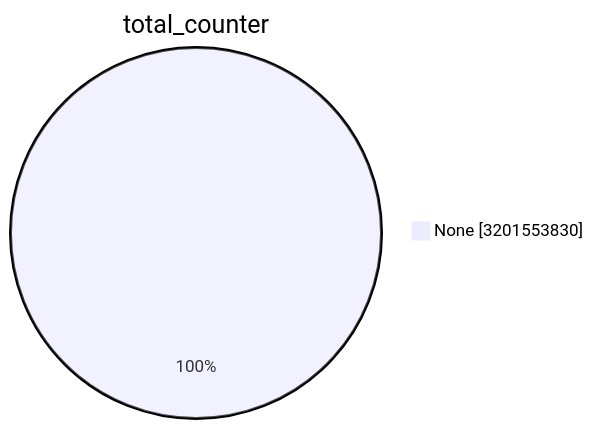
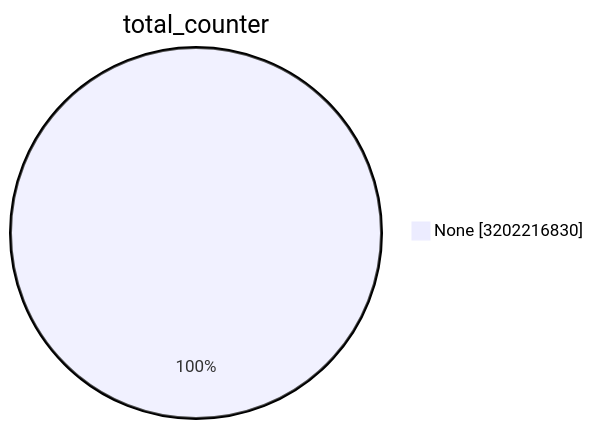
The first of 15 diagrams in TOTAL/README.md (christiankrug/ctmonitor_visualization), drawn with Mermaid before and after one commit. The commit also changed other lines of this file, not shown here.

````diff
--- a/TOTAL/README.md
+++ b/TOTAL/README.md
@@ -1,5 +1,5 @@
 ```mermaid
 pie showData
 title total_counter
-"None" :3201553830
+"None" :3202216830
 ```
````
